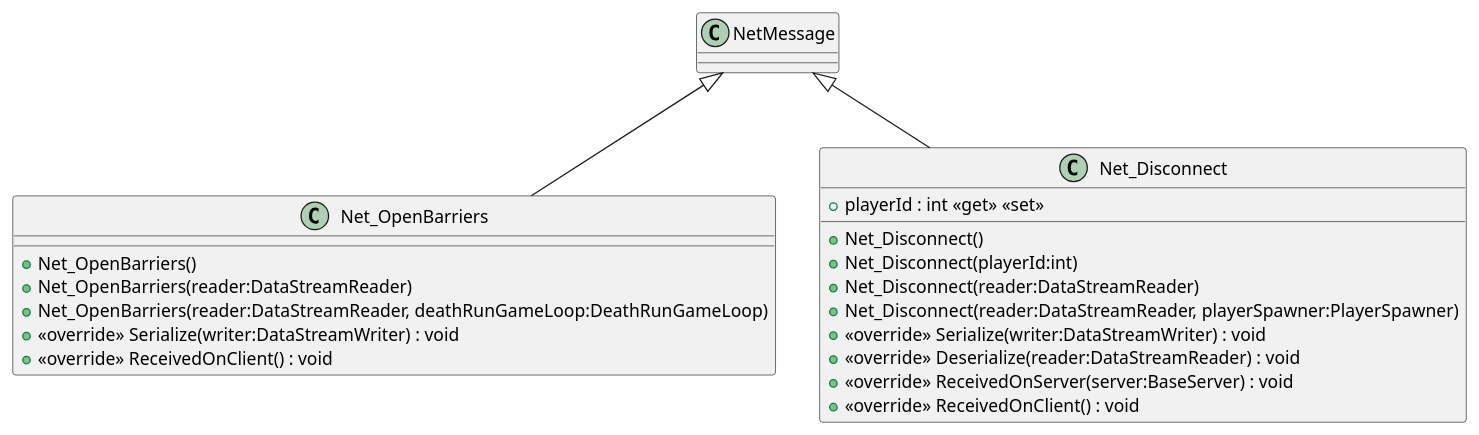
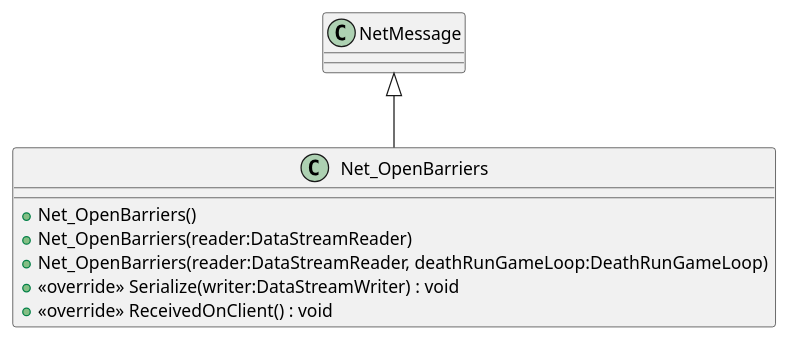
One commit to McYvar/NetworkProgramming changed the diagram in UML/Network/Shared/Net_OpenBarriers.puml. Above: the diagram before and after it, drawn with PlantUML. The commit also changed 15 other files, not shown here.

Commit message:
Generate UML (Generate UML)

```diff
--- a/UML/Network/Shared/Net_OpenBarriers.puml
+++ b/UML/Network/Shared/Net_OpenBarriers.puml
@@ -1,22 +1,10 @@
 @startuml
 class Net_OpenBarriers {
     + Net_OpenBarriers()
     + Net_OpenBarriers(reader:DataStreamReader)
     + Net_OpenBarriers(reader:DataStreamReader, deathRunGameLoop:DeathRunGameLoop)
     + <<override>> Serialize(writer:DataStreamWriter) : void
     + <<override>> ReceivedOnClient() : void
 }
-class Net_Disconnect {
-    + playerId : int <<get>> <<set>>
-    + Net_Disconnect()
-    + Net_Disconnect(playerId:int)
-    + Net_Disconnect(reader:DataStreamReader)
-    + Net_Disconnect(reader:DataStreamReader, playerSpawner:PlayerSpawner)
-    + <<override>> Serialize(writer:DataStreamWriter) : void
-    + <<override>> Deserialize(reader:DataStreamReader) : void
-    + <<override>> ReceivedOnServer(server:BaseServer) : void
-    + <<override>> ReceivedOnClient() : void
-}
 NetMessage <|-- Net_OpenBarriers
-NetMessage <|-- Net_Disconnect
 @enduml
```
